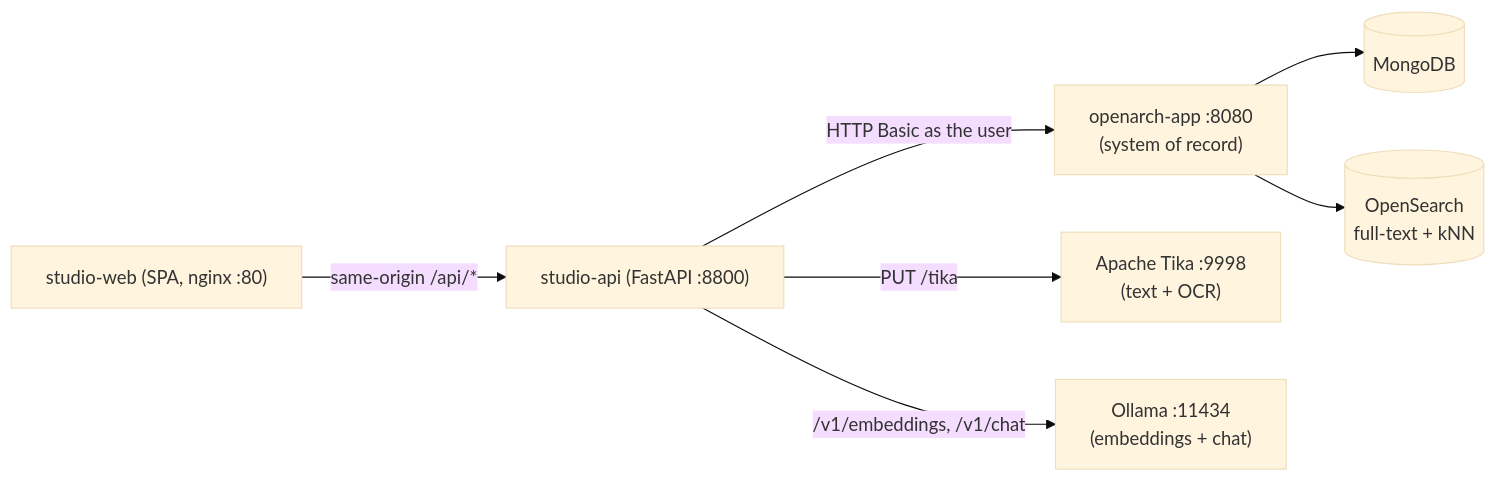
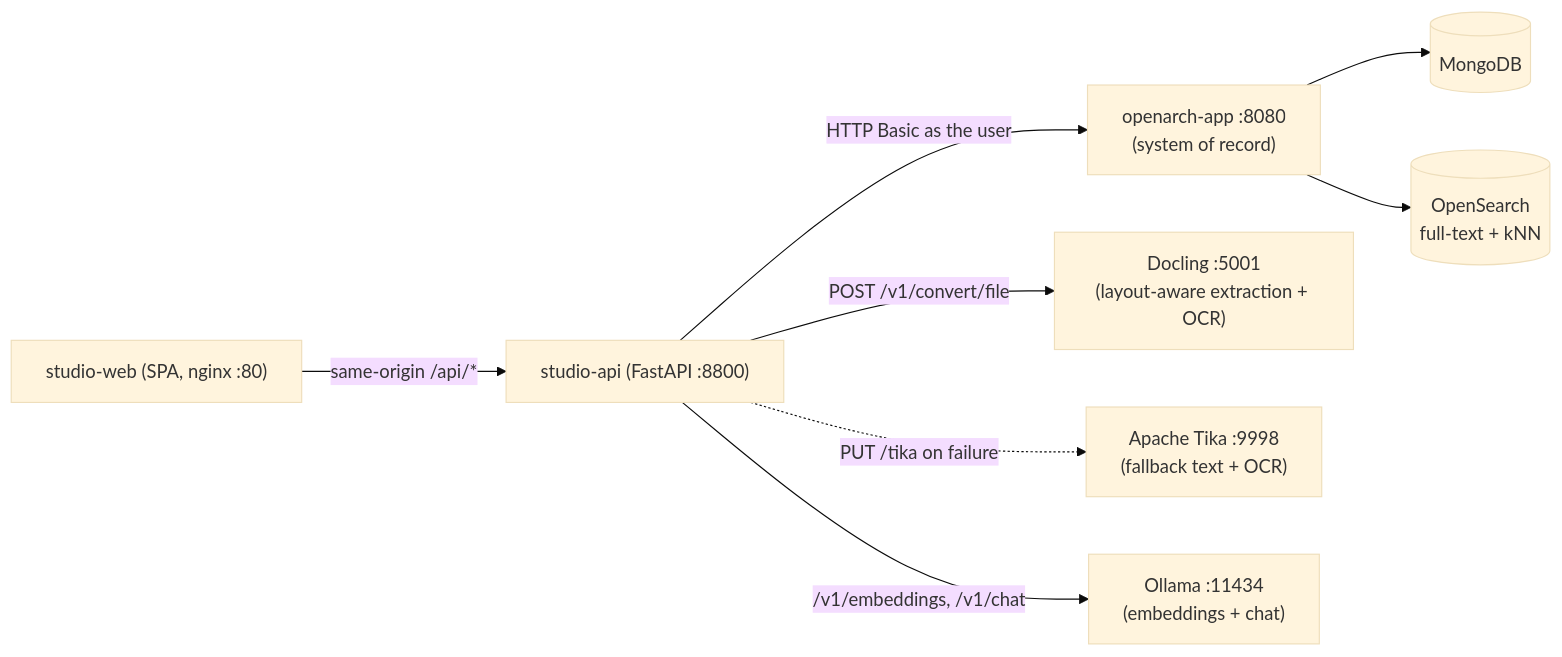
Before and after one commit to haaldinger/openarch-studio: the first of 4 diagrams in docs/TECHNICAL-DEEP-DIVE.md, drawn with Mermaid (base theme). The commit also changed other lines of this file and 6 other files, not shown here.

Commit message:
docs: Phase 1 — Docling extraction, licenses

````diff
--- a/docs/TECHNICAL-DEEP-DIVE.md
+++ b/docs/TECHNICAL-DEEP-DIVE.md
@@ -17,17 +17,19 @@
 ```mermaid
 flowchart LR
     Browser["studio-web (SPA, nginx :80)"]
     API["studio-api (FastAPI :8800)"]
     OA["openarch-app :8080\n(system of record)"]
     Mongo[(MongoDB)]
     OS[(OpenSearch\nfull-text + kNN)]
-    Tika["Apache Tika :9998\n(text + OCR)"]
+    Docling["Docling :5001\n(layout-aware extraction + OCR)"]
+    Tika["Apache Tika :9998\n(fallback text + OCR)"]
     Ollama["Ollama :11434\n(embeddings + chat)"]
 
     Browser -->|same-origin /api/*| API
     API -->|HTTP Basic as the user| OA
-    API -->|PUT /tika| Tika
+    API -->|POST /v1/convert/file| Docling
+    API -.->|PUT /tika on failure| Tika
     API -->|/v1/embeddings, /v1/chat| Ollama
     OA --> Mongo
     OA --> OS
 ```
````
